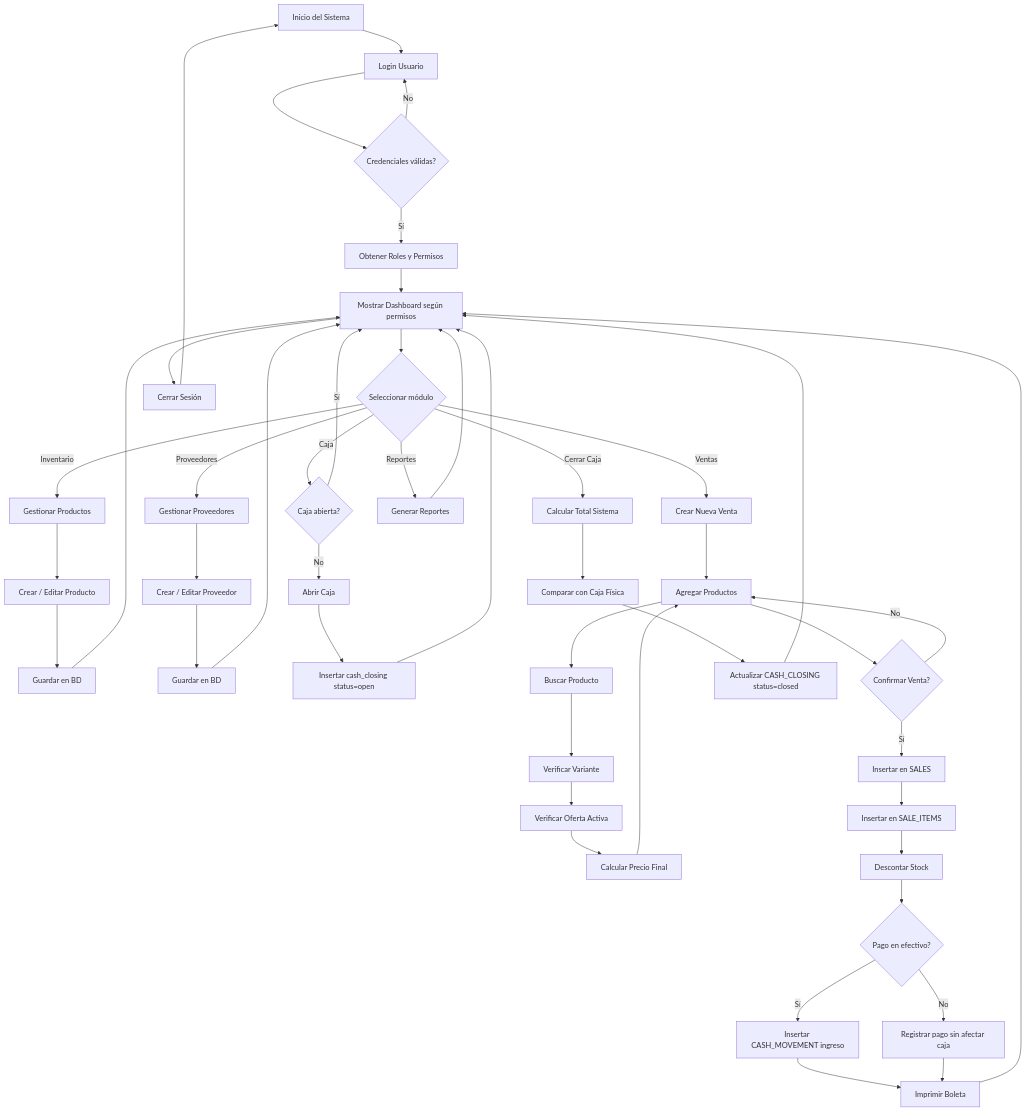
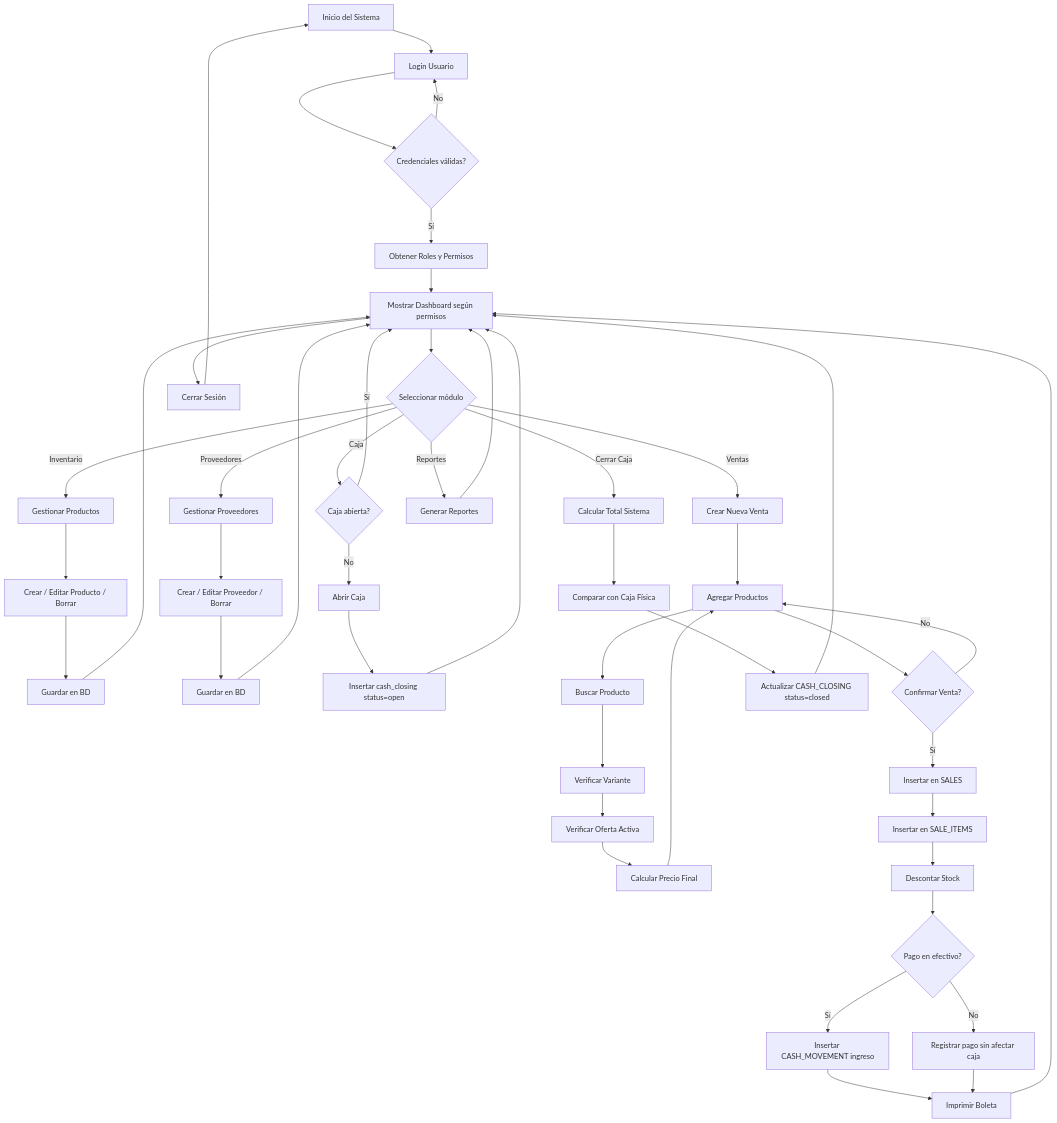
One commit to Infiweb-SpA/Punto-de-Venta-POS- changed the second of 2 diagrams in README.md. Above: the diagram before and after it, drawn with Mermaid.

Commit message:
readme update

````diff
--- a/README.md
+++ b/README.md
@@ -168,70 +168,70 @@
 ```mermaid
 flowchart TD
 
     A[Inicio del Sistema] --> B[Login Usuario]
 
     B --> C{Credenciales válidas?}
     C -- No --> B
     C -- Sí --> D[Obtener Roles y Permisos]
 
     D --> E[Mostrar Dashboard según permisos]
 
     E --> F{Seleccionar módulo}
 
     %% INVENTARIO
     F -->|Inventario| G[Gestionar Productos]
-    G --> G1[Crear / Editar Producto]
+    G --> G1[Crear / Editar Producto / Borrar]
     G1 --> G2[Guardar en BD]
     G2 --> E
 
     %% PROVEEDORES
     F -->|Proveedores| H[Gestionar Proveedores]
-    H --> H1[Crear / Editar Proveedor]
+    H --> H1[Crear / Editar Proveedor / Borrar]
     H1 --> H2[Guardar en BD]
     H2 --> E
 
     %% CAJA
     F -->|Caja| I{Caja abierta?}
     I -- No --> J[Abrir Caja]
     J --> J1[Insertar cash_closing status=open]
     J1 --> E
     I -- Sí --> E
 
     %% VENTAS
     F -->|Ventas| K[Crear Nueva Venta]
 
     K --> L[Agregar Productos]
     L --> M[Buscar Producto]
     M --> N[Verificar Variante]
     N --> O[Verificar Oferta Activa]
     O --> P[Calcular Precio Final]
     P --> L
 
     L --> Q{Confirmar Venta?}
     Q -- No --> L
     Q -- Sí --> R[Insertar en SALES]
     R --> S[Insertar en SALE_ITEMS]
     S --> T[Descontar Stock]
 
     T --> U{Pago en efectivo?}
     U -- Sí --> V[Insertar CASH_MOVEMENT ingreso]
     U -- No --> W[Registrar pago sin afectar caja]
 
     V --> X[Imprimir Boleta]
     W --> X
     X --> E
 
     %% CIERRE DE CAJA
     F -->|Cerrar Caja| Y[Calcular Total Sistema]
     Y --> Z[Comparar con Caja Física]
     Z --> AA[Actualizar CASH_CLOSING status=closed]
     AA --> E
 
     %% REPORTES
     F -->|Reportes| BB[Generar Reportes]
     BB --> E
 
     %% LOGOUT
     E --> CC[Cerrar Sesión]
     CC --> A
 ```
````
